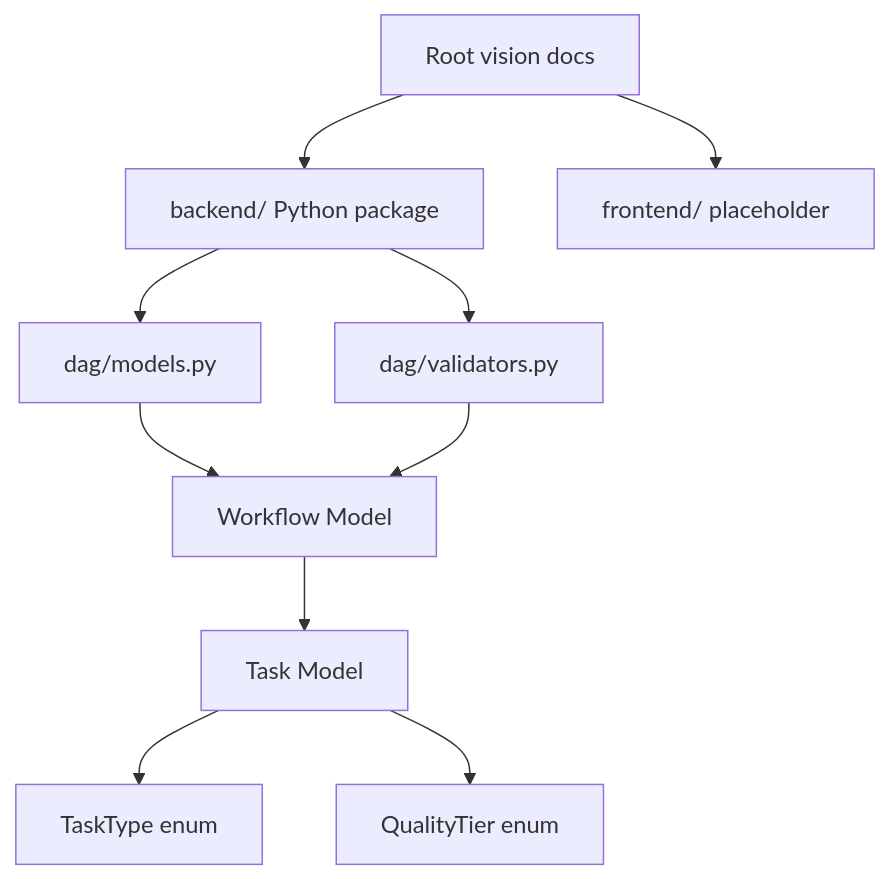
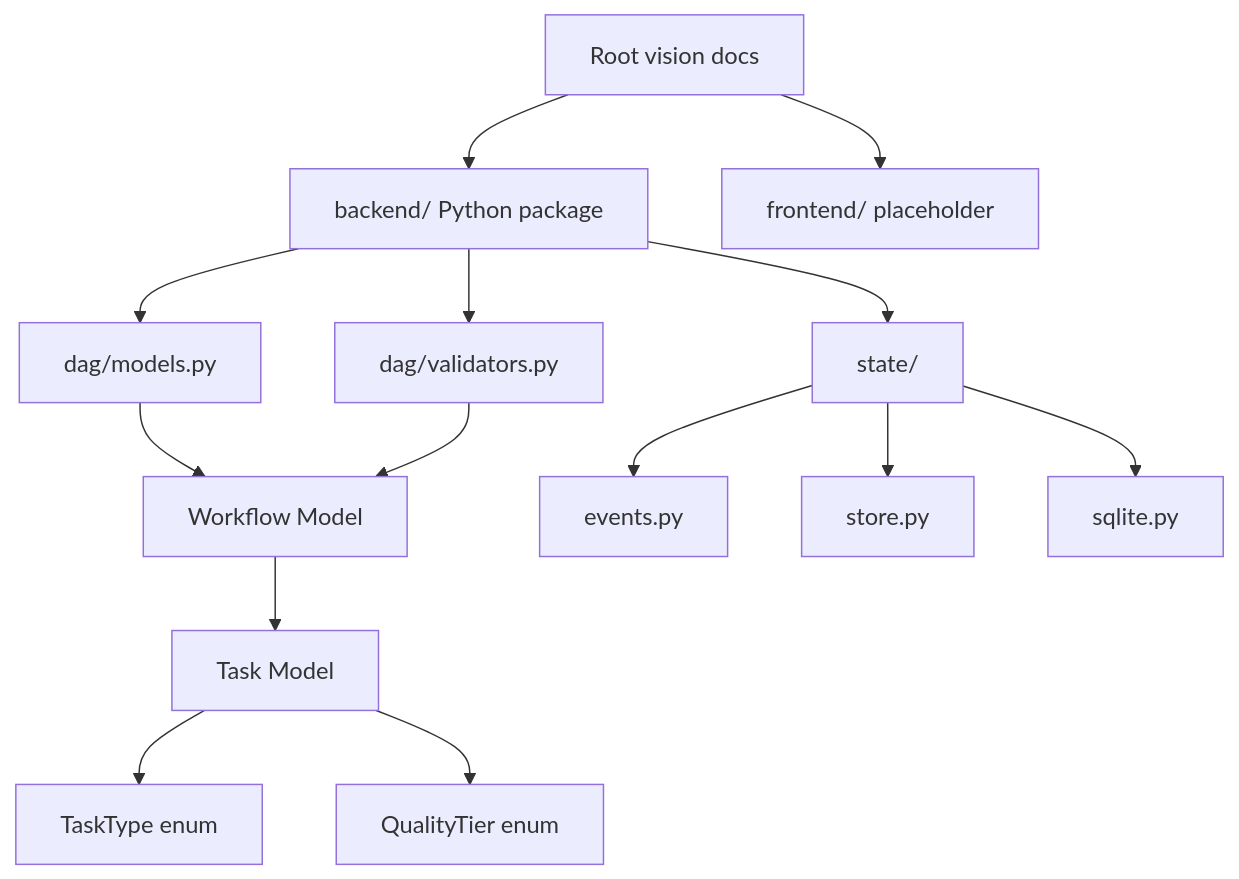
One commit to knishkarora/Ather-OS changed the first of 2 diagrams in docs/01_Architecture.md. Above: the diagram before and after it, drawn with Mermaid. The commit also changed other lines of this file and 22 other files, not shown here.

````diff
--- a/docs/01_Architecture.md
+++ b/docs/01_Architecture.md
@@ -9,12 +9,16 @@
 ```mermaid
 flowchart TD
     Docs["Root vision docs"] --> Backend["backend/ Python package"]
     Docs --> Frontend["frontend/ placeholder"]
     Backend --> DAG["dag/models.py"]
     Backend --> Validator["dag/validators.py"]
+    Backend --> State["state/"]
     DAG --> Workflow["Workflow Model"]
     Workflow --> Task["Task Model"]
     Task --> TaskType["TaskType enum"]
     Task --> QualityTier["QualityTier enum"]
     Validator --> Workflow
+    State --> Events["events.py"]
+    State --> Store["store.py"]
+    State --> SQLite["sqlite.py"]
 ```
````
